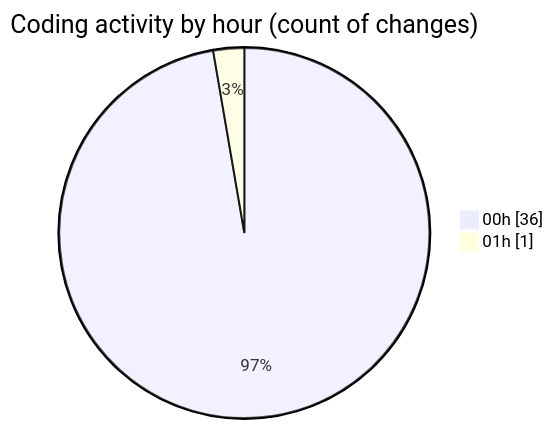
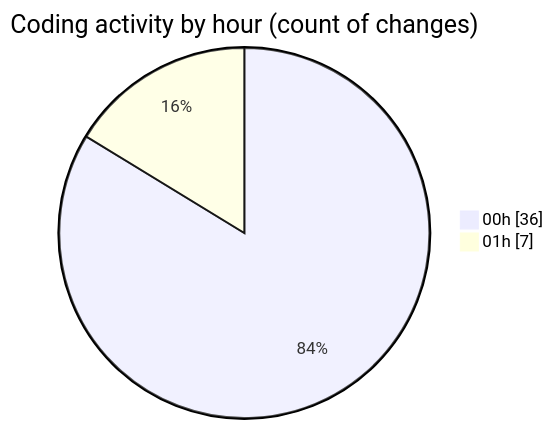
The second of 2 diagrams in 2025-05-04/houserentalservice/README.md (Ritupan-Deka/code-tracking), drawn with Mermaid before and after one commit. The commit also changed other lines of this file and 1 other file, not shown here.

````diff
--- a/2025-05-04/houserentalservice/README.md
+++ b/2025-05-04/houserentalservice/README.md
@@ -50,6 +58,6 @@
 ```mermaid
 pie showData
 title Coding activity by hour (count of changes)
 "00h" : 36
-"01h" : 1
+"01h" : 7
 ```
````
